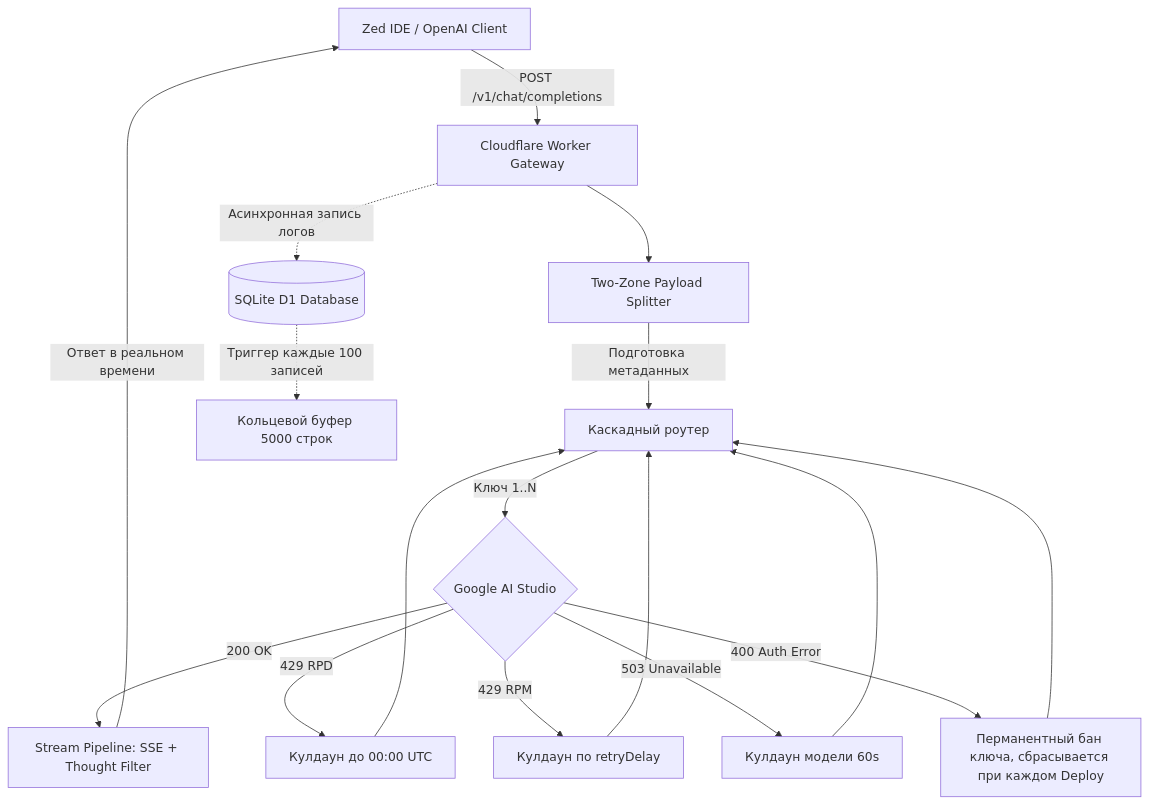
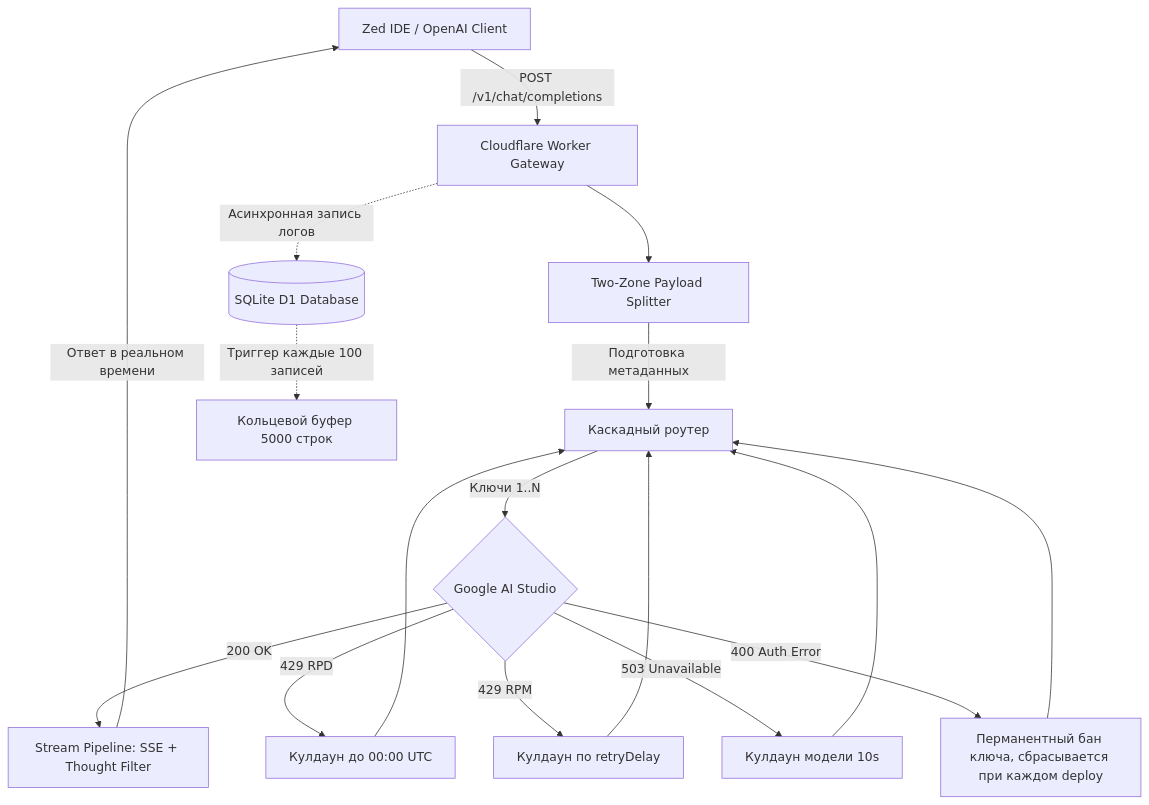
The diagram in README.md (sergeypugin/gemini-edge-gateway), drawn with Mermaid before and after one commit. The commit also changed other lines of this file, not shown here.

Commit message:
docs(readme): add table of contents and fix diagram labels

````diff
--- a/README.md
+++ b/README.md
@@ -53,19 +64,19 @@
 ```mermaid
 flowchart TD
-    A[Zed IDE / OpenAI Client] -->|POST /v1/chat/completions| B[Cloudflare Worker Gateway]
-    B --> C[Two-Zone Payload Splitter]
-    C -->|Подготовка метаданных| D[Каскадный роутер]
-    D -->|Ключ 1..N| E{Google AI Studio}
-    E -->|200 OK| F[Stream Pipeline: SSE + Thought Filter]
+    A["Zed IDE / OpenAI Client"] -->|POST /v1/chat/completions| B["Cloudflare Worker Gateway"]
+    B --> C["Two-Zone Payload Splitter"]
+    C -->|Подготовка метаданных| D["Каскадный роутер"]
+    D -->|Ключи 1..N| E{"Google AI Studio"}
+    E -->|200 OK| F["Stream Pipeline: SSE + Thought Filter"]
     F -->|Ответ в реальном времени| A
-    E -->|429 RPD| G[Кулдаун до 00:00 UTC]
-    E -->|429 RPM| H[Кулдаун по retryDelay]
-    E -->|503 Unavailable| I[Кулдаун модели 60s]
-    E -->|400 Auth Error| J[Перманентный бан ключа, сбрасывается при каждом Deploy]
+    E -->|429 RPD| G["Кулдаун до 00:00 UTC"]
+    E -->|429 RPM| H["Кулдаун по retryDelay"]
+    E -->|503 Unavailable| I["Кулдаун модели 10s"]
+    E -->|400 Auth Error| J["Перманентный бан ключа, сбрасывается при каждом deploy"]
     G --> D
     H --> D
     I --> D
     J --> D
-    B -.->|Асинхронная запись логов| K[(SQLite D1 Database)]
-    K -.->|Триггер каждые 100 записей| L[Кольцевой буфер 5000 строк]
+    B -.->|Асинхронная запись логов| K[("SQLite D1 Database")]
+    K -.->|Триггер каждые 100 записей| L["Кольцевой буфер 5000 строк"]
 ```
````
